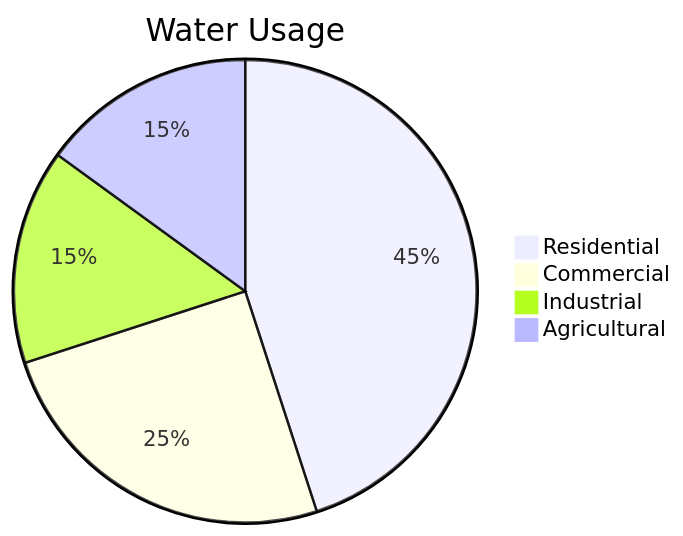
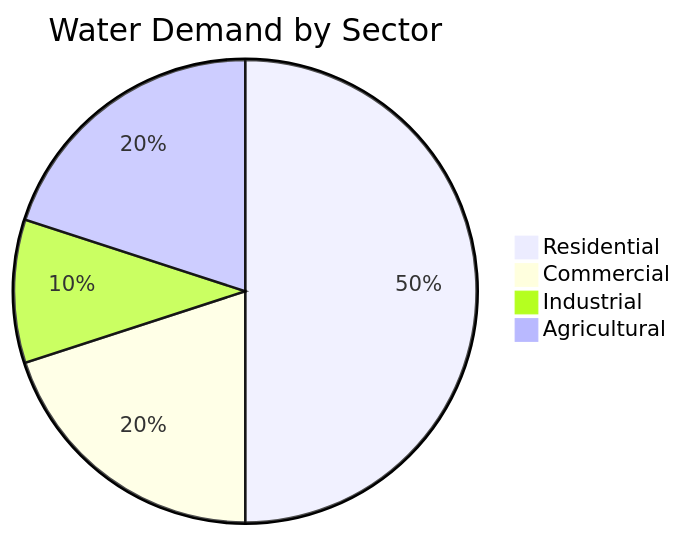
One commit to BlairLAdams/RPi5 changed the seventh of 10 diagrams in mkdocs/docs/MermaidDiagrams.md. Above: the diagram before and after it, drawn with Mermaid. The commit also changed other lines of this file and 33 other files, not shown here.

````diff
--- a/mkdocs/docs/MermaidDiagrams.md
+++ b/mkdocs/docs/MermaidDiagrams.md
@@ -126,8 +248,8 @@
 ```mermaid
 pie
-  title Water Usage
-  "Residential" : 45
-  "Commercial" : 25
-  "Industrial" : 15
-  "Agricultural" : 15
+title Water Demand by Sector
+"Residential" : 50
+"Commercial" : 20
+"Industrial" : 10
+"Agricultural" : 20
 ```
````
